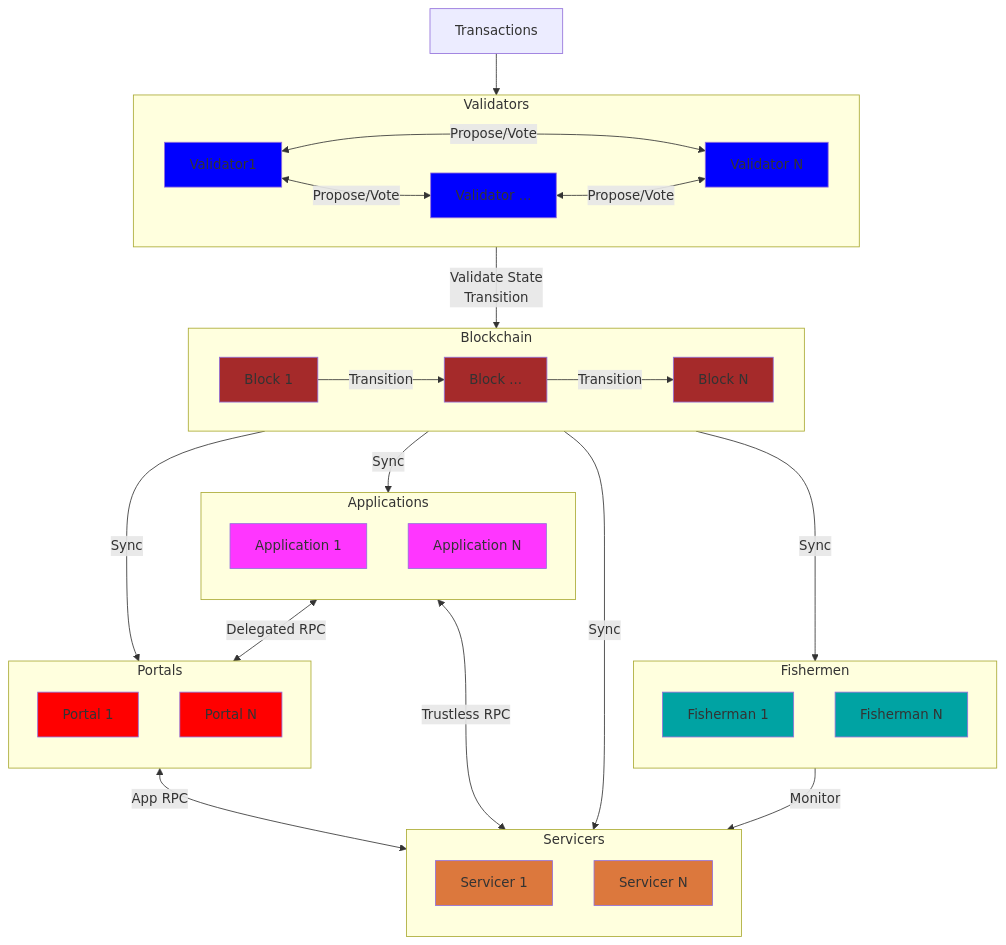
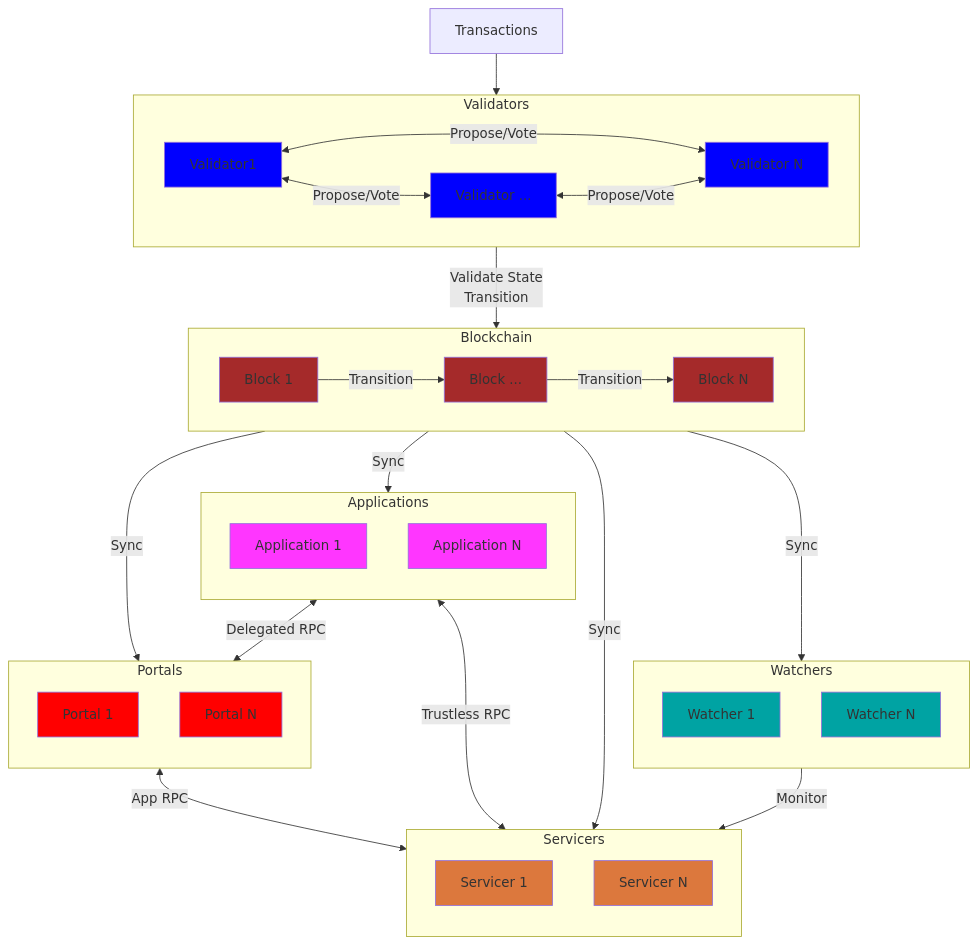
Before and after one commit to pokt-network/pocket-network-protocol: the first of 16 diagrams in utility/README.md, drawn with Mermaid. The commit also changed other lines of this file and 2 other files, not shown here.

Commit message:
Rename all instances of fisherman to watcher

````diff
--- a/utility/README.md
+++ b/utility/README.md
@@ -132,74 +132,74 @@
 ```mermaid
 flowchart TD
     subgraph Validators
         direction LR
         V1[Validator1]
         V[Validator ...]
         VN[Validator N]
     end
     V1 <--Propose/Vote--> V
     V1 <--Propose/Vote--> VN
     V <--Propose/Vote--> VN
 
     subgraph Blockchain
         direction LR
         B1[Block 1]
         B[Block ...]
         BN[Block N]
     end
     B1 --Transition--> B
     B --Transition--> BN
 
     subgraph Servicers
         direction TB
         S1[Servicer 1]
         SN[Servicer N]
     end
 
     subgraph Applications
         direction TB
         A1[Application 1]
         AN[Application N]
     end
 
     subgraph Portals
         direction TB
         P1[Portal 1]
         PN[Portal N]
     end
 
-    subgraph Fishermen
+    subgraph Watchers
         direction TB
-        F1[Fisherman 1]
-        FN[Fisherman N]
+        F1[Watcher 1]
+        FN[Watcher N]
     end
 
     Transactions --> Validators
 
     Validators --Validate State<br>Transition--> Blockchain
 
     Applications <--Delegated RPC--> Portals
     Portals <--App RPC--> Servicers
     Applications <--Trustless RPC--> Servicers
 
     Blockchain --Sync--> Portals
     Blockchain --Sync--> Applications
     Blockchain --Sync--> Servicers
-    Blockchain --Sync--> Fishermen
+    Blockchain --Sync--> Watchers
 
-    Fishermen --Monitor--> Servicers
+    Watchers --Monitor--> Servicers
 
     classDef blue fill:#0000FF
     classDef brown fill:#A52A2A
     classDef red fill:#FF0000
     classDef yellow fill:#DC783D
     classDef acqua fill:#00A3A3
     classDef purple fill:#FF36FF
 
     class V1,V,VN blue
     class B1,B,BN brown
     class S1,SN yellow
     class P1,PN red
     class F1,FN acqua
     class A1,AN purple
 ```
````
